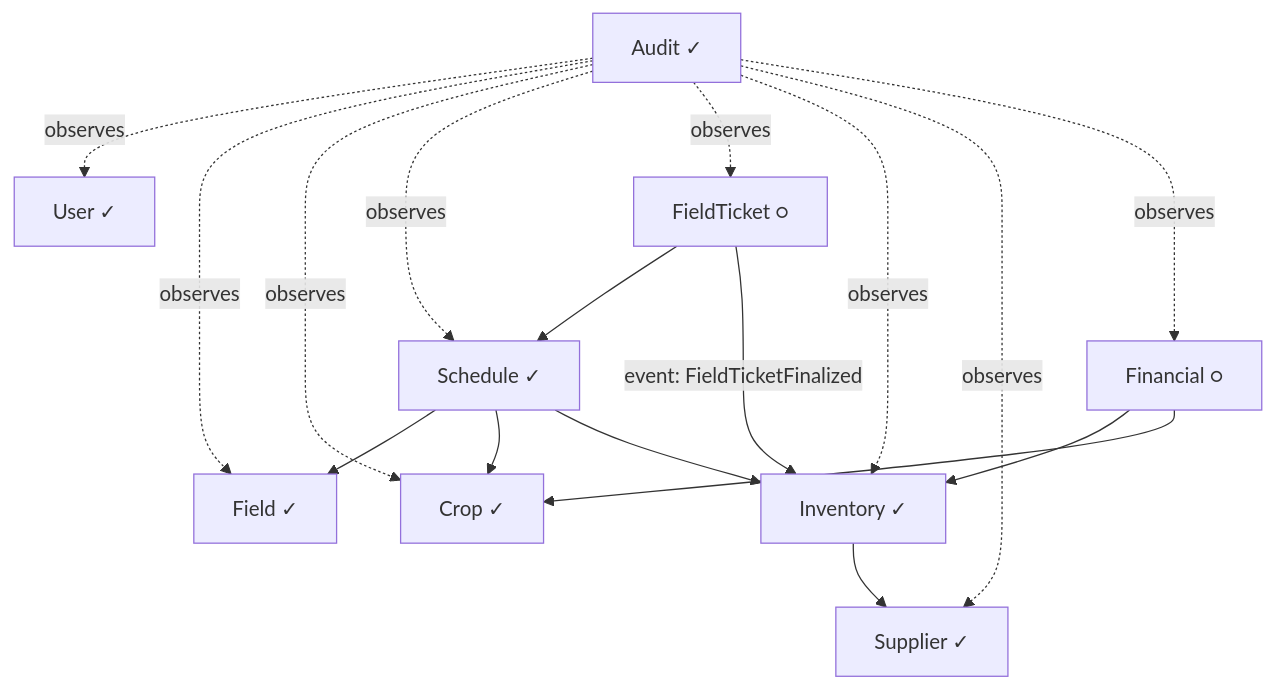
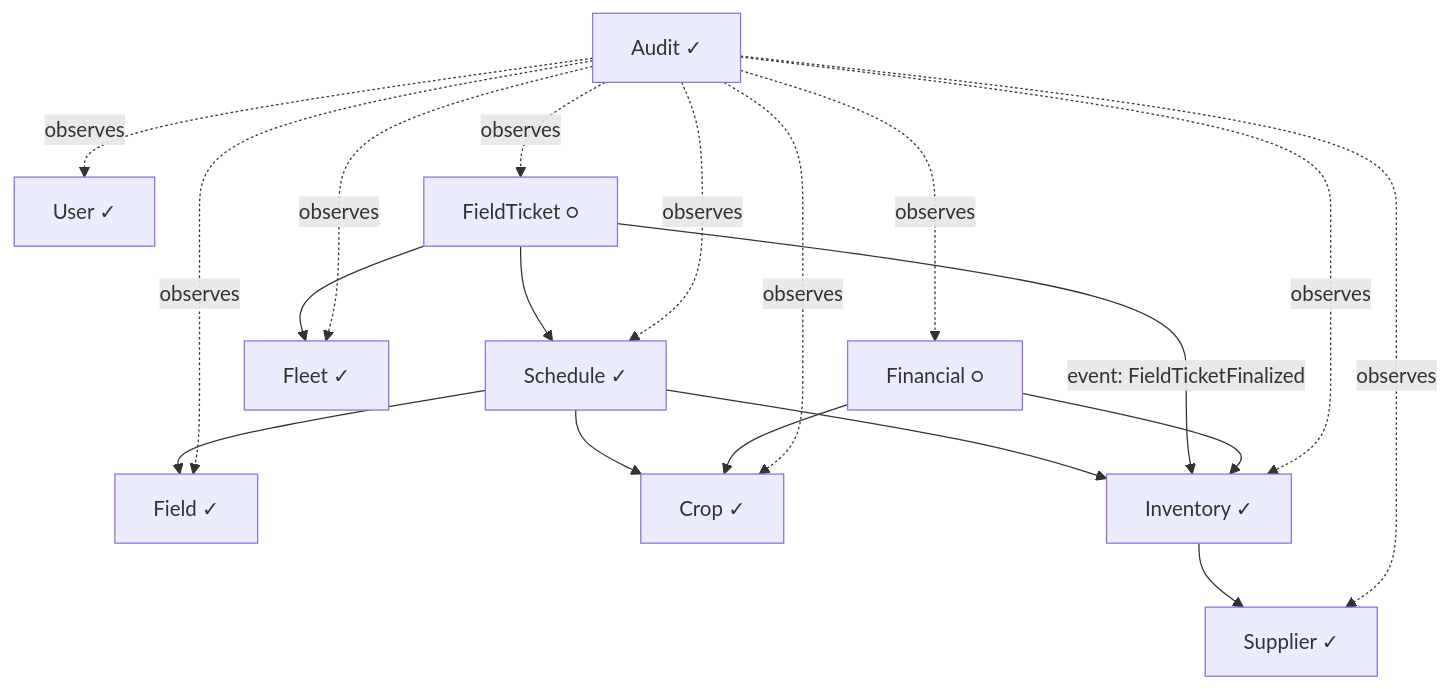
One commit to fellipefreiire/farm-app-docs changed the diagram in architecture.md. Above: the diagram before and after it, drawn with Mermaid. The commit also changed other lines of this file and 10 other files, not shown here.

First line of the commit message:
docs(fleet): add Fleet domain rules, update architecture, glossary, flows, and patterns

````diff
--- a/architecture.md
+++ b/architecture.md
@@ -27,29 +28,32 @@
 ```mermaid
 graph TD
   User[User ✓]
   Field[Field ✓]
   Crop[Crop ✓]
   Audit[Audit ✓]
   Schedule[Schedule ✓]
   FieldTicket[FieldTicket ○]
   Inventory[Inventory ✓]
   Supplier[Supplier ✓]
+  Fleet[Fleet ✓]
   Financial[Financial ○]
 
   Schedule --> Field
   Schedule --> Crop
   Schedule --> Inventory
   FieldTicket --> Schedule
+  FieldTicket --> Fleet
   FieldTicket -->|event: FieldTicketFinalized| Inventory
   Financial --> Inventory
   Financial --> Crop
   Inventory --> Supplier
   Audit -.->|observes| User
   Audit -.->|observes| Field
   Audit -.->|observes| Crop
   Audit -.->|observes| Schedule
   Audit -.->|observes| FieldTicket
   Audit -.->|observes| Inventory
   Audit -.->|observes| Supplier
+  Audit -.->|observes| Fleet
   Audit -.->|observes| Financial
 ```
````
